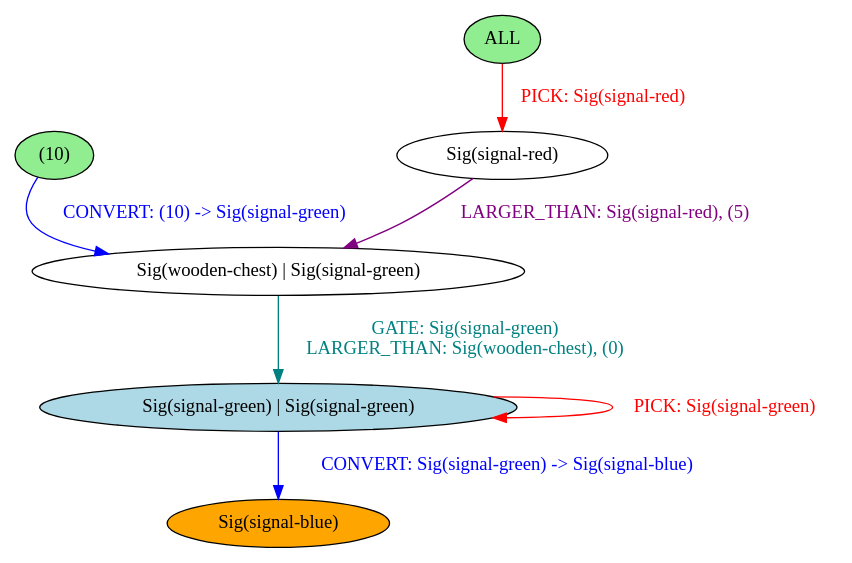
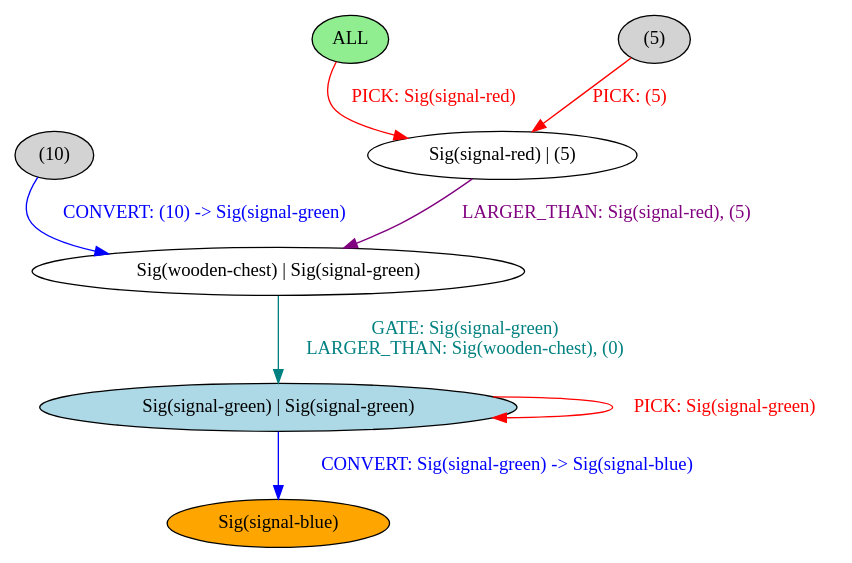
Before and after one commit to BalderHolst/chef: the diagram in chef-lang/examples/when.output.dot, drawn with Graphviz. The commit also changed 18 other files, not shown here.

```diff
--- a/chef-lang/examples/when.output.dot
+++ b/chef-lang/examples/when.output.dot
@@ -1,16 +1,18 @@
 strict digraph {
 	nodesep=1
-	4	[style=filled fillcolor=white label="Sig(signal-red)"]
+	4	[style=filled fillcolor=white label="Sig(signal-red) | (5)"]
 	7	[style=filled fillcolor=white label="Sig(wooden-chest) | Sig(signal-green)"]
-	6	[style=filled fillcolor=lightgreen label="(10)"]
+	6	[style=filled fillcolor=lightgray label="(10)"]
 	1	[style=filled fillcolor=lightblue label="Sig(signal-green) | Sig(signal-green)"]
 	0	[style=filled fillcolor=lightgreen label="ALL"]
+	3	[style=filled fillcolor=lightgray label="(5)"]
 	8	[style=filled fillcolor=orange label="Sig(signal-blue)"]
 	4 -> 7	[label="LARGER_THAN: Sig(signal-red), (5)" color=purple fontcolor=purple]
 	7 -> 1	[label="GATE: Sig(signal-green)
 LARGER_THAN: Sig(wooden-chest), (0)" color=teal fontcolor=teal]
 	6 -> 7	[label="CONVERT: (10) -> Sig(signal-green)" color=blue fontcolor=blue]
 	1 -> 1	[label="PICK: Sig(signal-green)" color=red fontcolor=red]
 	1 -> 8	[label="CONVERT: Sig(signal-green) -> Sig(signal-blue)" color=blue fontcolor=blue]
 	0 -> 4	[label="PICK: Sig(signal-red)" color=red fontcolor=red]
+	3 -> 4	[label="PICK: (5)" color=red fontcolor=red]
 }
```
